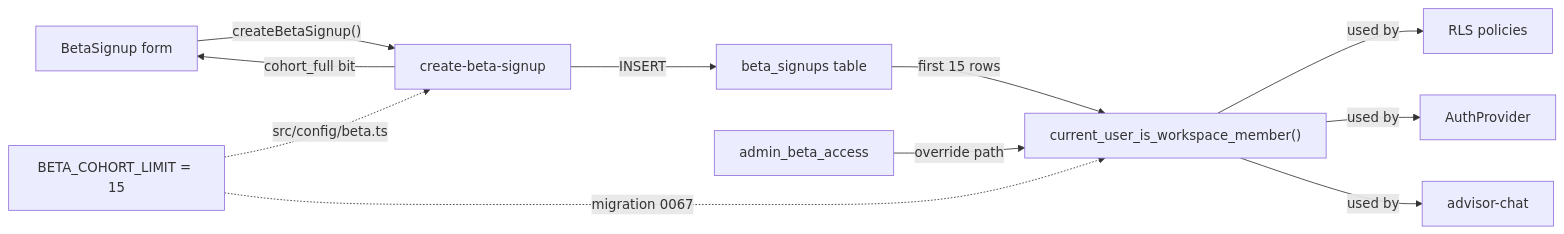
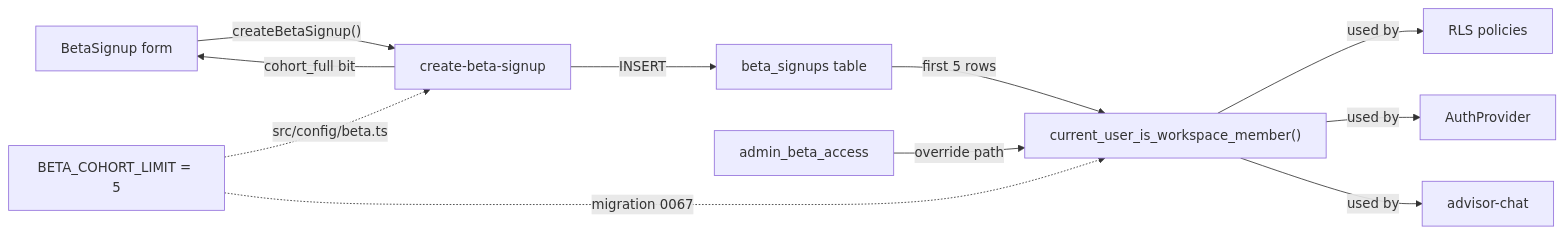
Before and after one commit to Dutiva-Canada/Dutiva_Web: the fourth of 4 diagrams in docs/wiki/Landing-Page-Pricing-Beta-Signup.md, drawn with Mermaid. The commit also changed other lines of this file and 84 other files, not shown here.

````diff
--- a/docs/wiki/Landing-Page-Pricing-Beta-Signup.md
+++ b/docs/wiki/Landing-Page-Pricing-Beta-Signup.md
@@ -450,15 +449,15 @@
 ```mermaid
 graph LR
     BS["BetaSignup form"] -->|"createBetaSignup()"| EF["create-beta-signup"]
     EF -->|"INSERT"| BST["beta_signups table"]
     EF -->|"cohort_full bit"| BS
 
-    BST -->|"first 15 rows"| CUIWM["current_user_is_workspace_member()"]
+    BST -->|"first 5 rows"| CUIWM["current_user_is_workspace_member()"]
     CUIWM -->|"used by"| RLS["RLS policies"]
     CUIWM -->|"used by"| AUTH["AuthProvider"]
     CUIWM -->|"used by"| AC["advisor-chat"]
 
     ABA["admin_beta_access"] -->|"override path"| CUIWM
-    BETA["BETA_COHORT_LIMIT = 15"] -.->|"src/config/beta.ts"| EF
+    BETA["BETA_COHORT_LIMIT = 5"] -.->|"src/config/beta.ts"| EF
     BETA -.->|"migration 0067"| CUIWM
 ```
````
